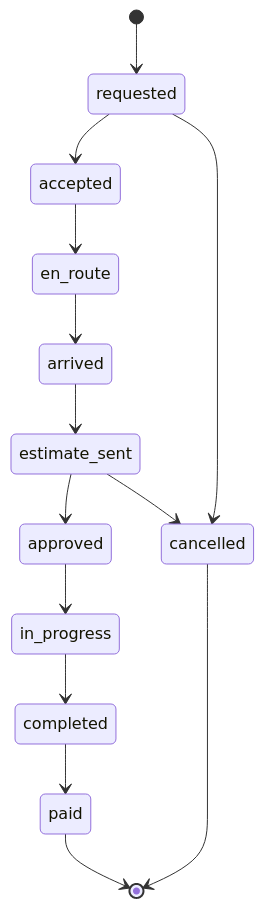
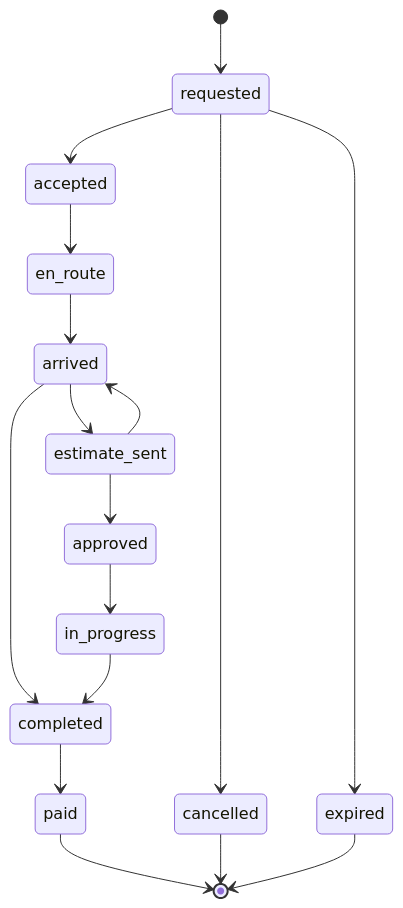
One commit to AshotSimonyan/pynaro changed the second of 3 diagrams in docs/architecture.md. Above: the diagram before and after it, drawn with Mermaid. The commit also changed other lines of this file and 9 other files, not shown here.

````diff
--- a/docs/architecture.md
+++ b/docs/architecture.md
@@ -214,16 +214,19 @@
 ```mermaid
 stateDiagram-v2
     [*] --> requested
     requested --> accepted
     requested --> cancelled
+    requested --> expired
     accepted --> en_route
     en_route --> arrived
     arrived --> estimate_sent
+    arrived --> completed
     estimate_sent --> approved
-    estimate_sent --> cancelled
+    estimate_sent --> arrived
     approved --> in_progress
     in_progress --> completed
     completed --> paid
     paid --> [*]
     cancelled --> [*]
+    expired --> [*]
 ```
````
